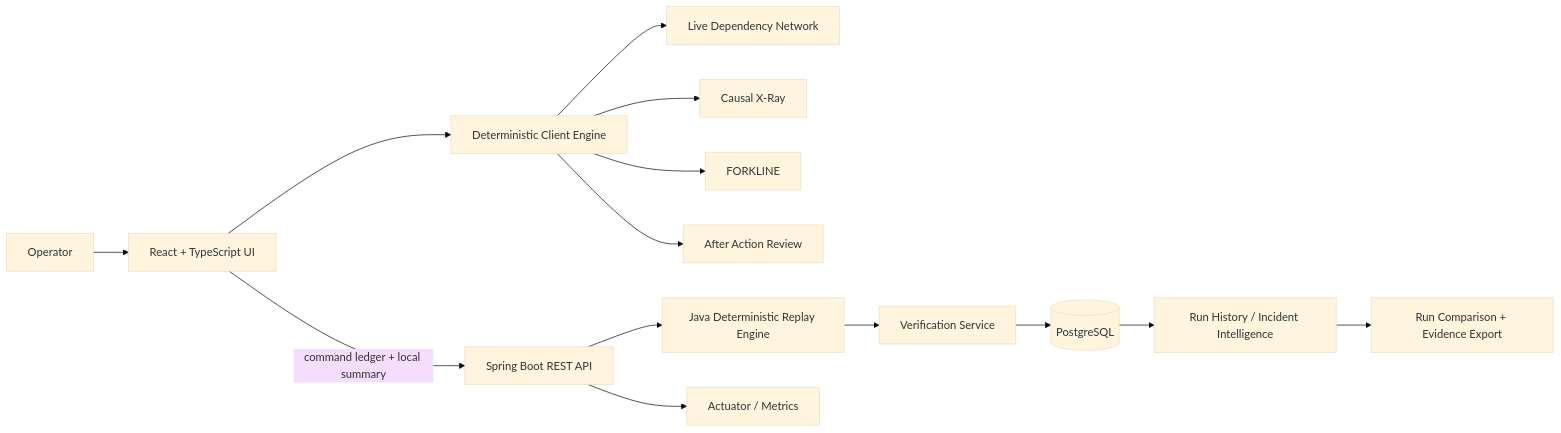
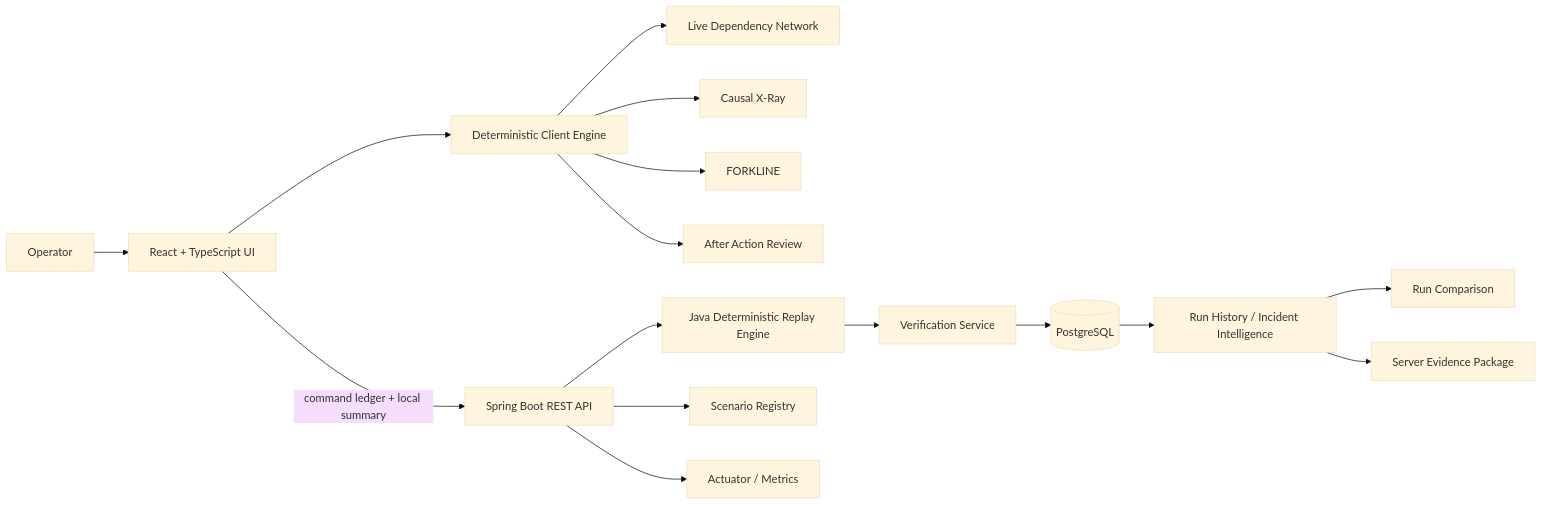
Before and after one commit to BackendArchitectX/CascadeTrace: the diagram in README.md, drawn with Mermaid (base theme). The commit also changed other lines of this file and 22 other files, not shown here.

Commit message:
feat: add scenario registry and evidence contracts

````diff
--- a/README.md
+++ b/README.md
@@ -64,16 +66,18 @@
 ```mermaid
 flowchart LR
     U[Operator] --> R[React + TypeScript UI]
     R --> E[Deterministic Client Engine]
     E --> N[Live Dependency Network]
     E --> C[Causal X-Ray]
     E --> F[FORKLINE]
     E --> A[After Action Review]
     R -->|command ledger + local summary| API[Spring Boot REST API]
     API --> J[Java Deterministic Replay Engine]
+    API --> S[Scenario Registry]
     J --> V[Verification Service]
     V --> P[(PostgreSQL)]
     P --> H[Run History / Incident Intelligence]
-    H --> X[Run Comparison + Evidence Export]
+    H --> X[Run Comparison]
+    H --> EP[Server Evidence Package]
     API --> M[Actuator / Metrics]
 ```
````
